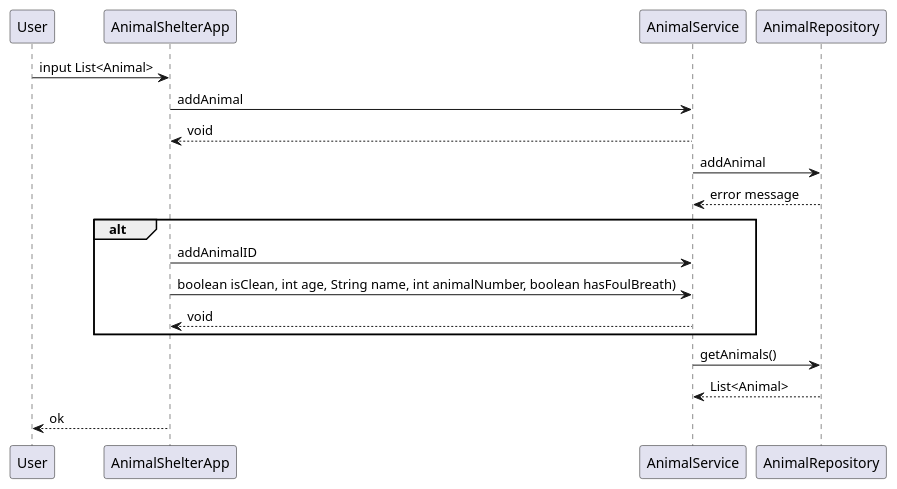
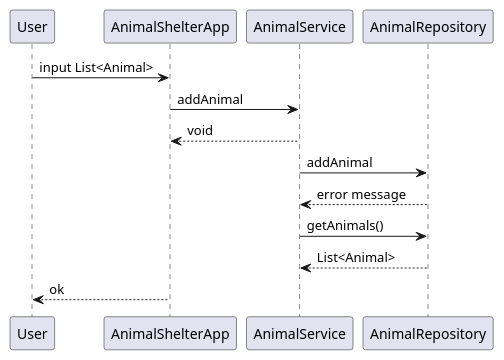
The diagram in src/main/java/AnalyseAnimalShelter/sequence_addanimals.puml (JananJavdan/AnimalShelterTestingJanan), drawn with PlantUML before and after one commit. The commit also changed 5 other files, not shown here.

```diff
--- a/src/main/java/AnalyseAnimalShelter/sequence_addanimals.puml
+++ b/src/main/java/AnalyseAnimalShelter/sequence_addanimals.puml
@@ -1,24 +1,20 @@
 @startuml
 User -> AnimalShelterApp : input List<Animal>
 
 
 AnimalShelterApp -> AnimalService : addAnimal
 AnimalShelterApp <-- AnimalService : void
 
 AnimalService -> AnimalRepository : addAnimal
 AnimalRepository --> AnimalService : error message
 
-alt
-AnimalShelterApp -> AnimalService : addAnimalID
-AnimalShelterApp -> AnimalService : boolean isClean, int age, String name, int animalNumber, boolean hasFoulBreath)
-AnimalShelterApp <-- AnimalService : void
-end
+
 
 AnimalService -> AnimalRepository : getAnimals()
 AnimalService <-- AnimalRepository : List<Animal>
 
 
 
 User <-- AnimalShelterApp : ok
 
 @enduml
```
